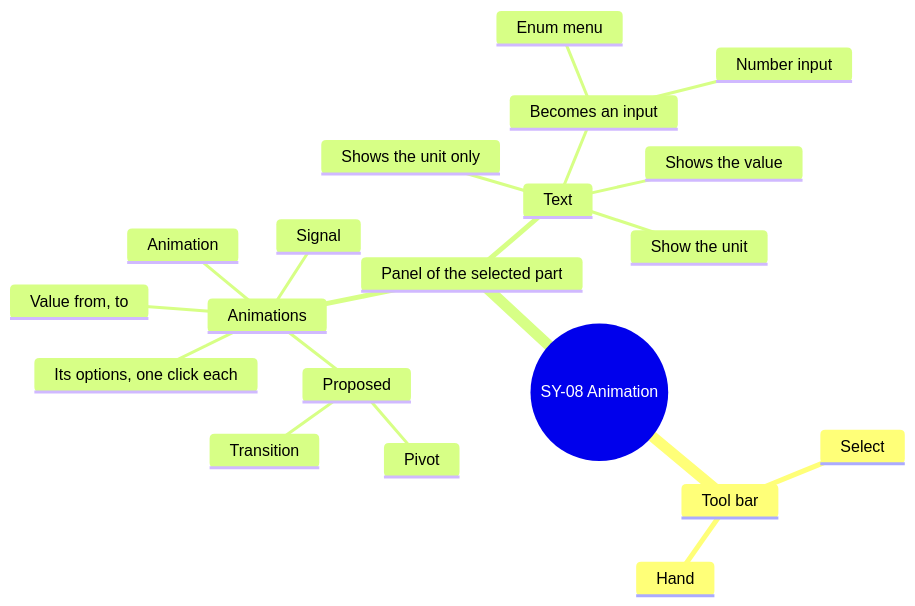
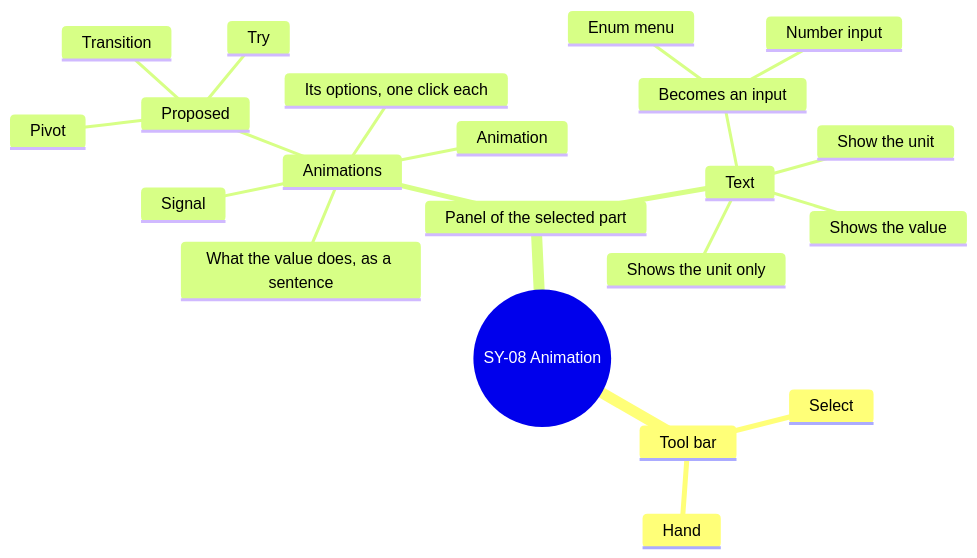
One commit to AlexandreGallais/synoptic-studio-spec changed the tenth of 16 diagrams in screens/symbols.md. Above: the diagram before and after it, drawn with Mermaid. The commit also changed other lines of this file and 11 other files, not shown here.

````diff
--- a/screens/symbols.md
+++ b/screens/symbols.md
@@ -456,23 +456,24 @@
 ```mermaid
 mindmap
   root((SY-08 Animation))
     Tool bar
       Select
       Hand
     Panel of the selected part
       Animations
         Signal
         Animation
         Its options, one click each
-        Value from, to
+        What the value does, as a sentence
         Proposed
           Transition
           Pivot
+          Try
       Text
         Shows the value
         Shows the unit only
         Show the unit
         Becomes an input
           Number input
           Enum menu
 ```
````
